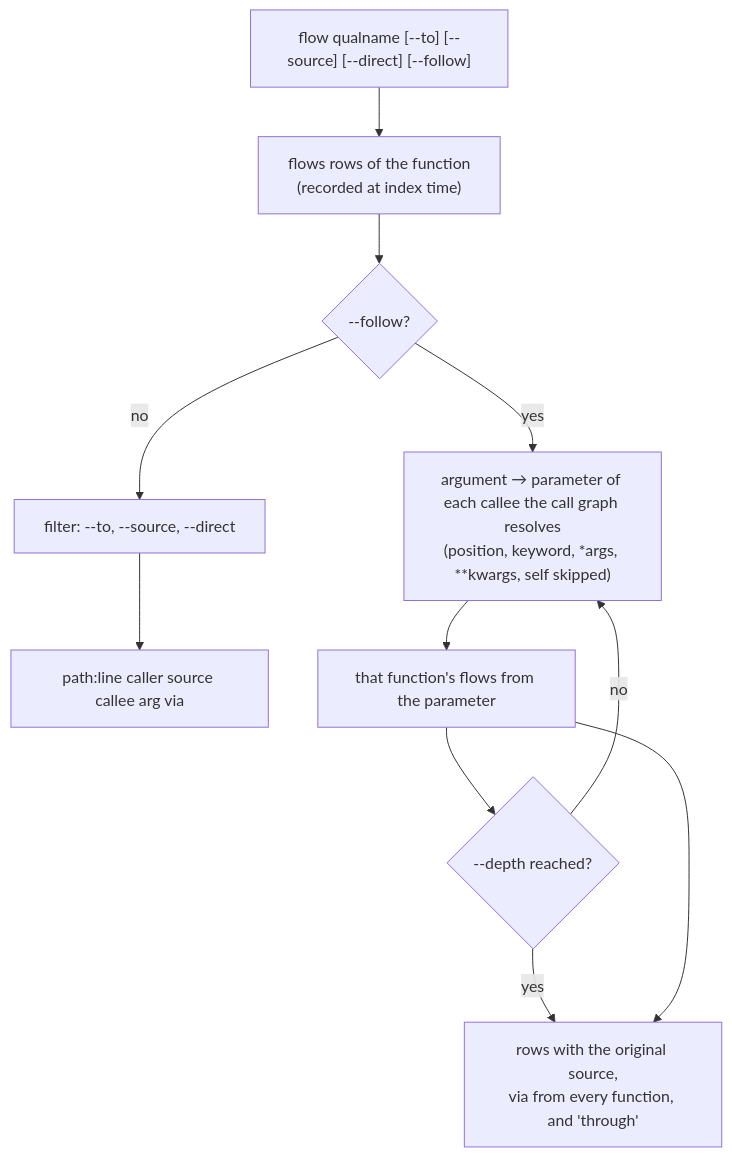
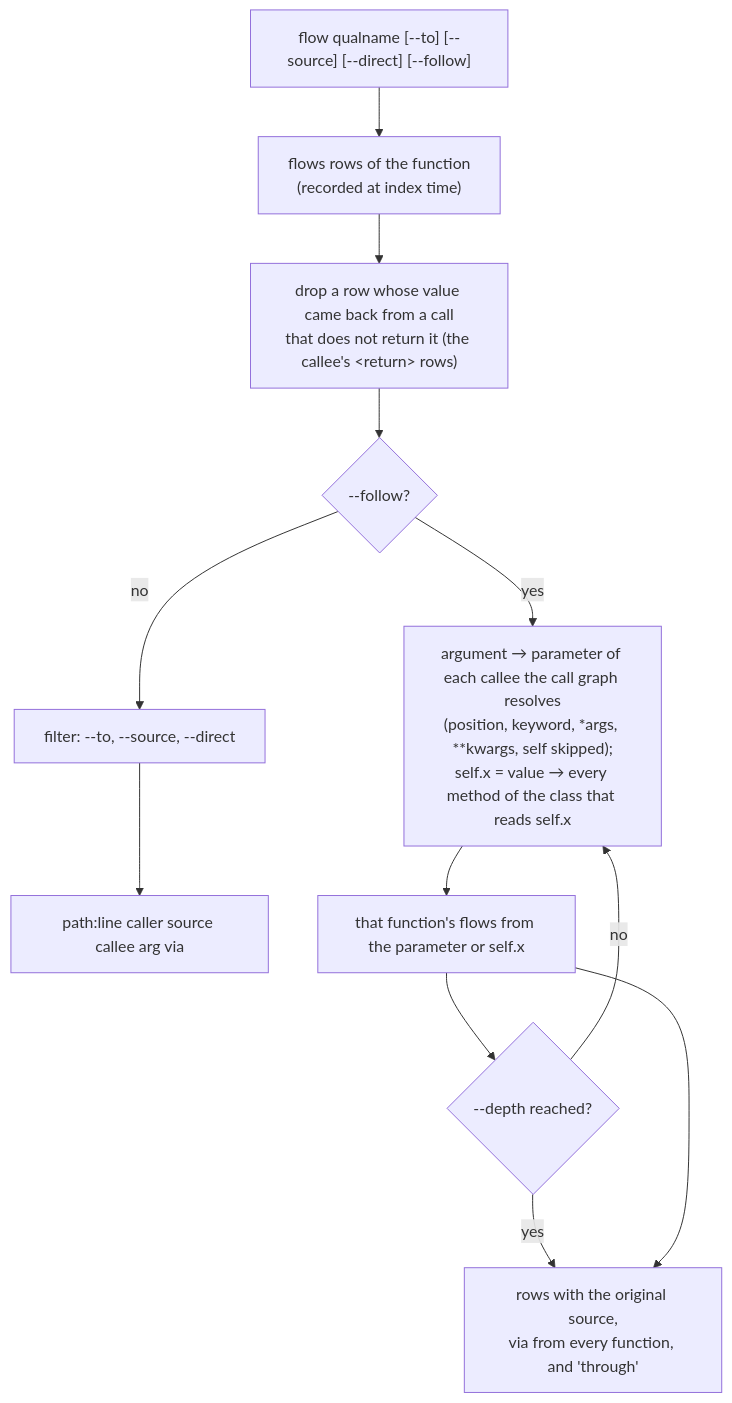
Diagram 23 of 26 in docs/how-it-works.md (diptanilsaha/frappe-ast), drawn with Mermaid before and after one commit. The commit also changed other lines of this file and 32 other files, not shown here.

Commit message:
fix: all shortest paths, field write refs, and flows through self and call returns (#11, #12, #13, #14)

````diff
--- a/docs/how-it-works.md
+++ b/docs/how-it-works.md
@@ -367,12 +371,13 @@
 ```mermaid
 flowchart TD
   a["flow qualname [--to] [--source] [--direct] [--follow]"] --> rows["flows rows of the function<br/>(recorded at index time)"]
-  rows --> f{"--follow?"}
+  rows --> ret["drop a row whose value came back from a call<br/>that does not return it (the callee's &lt;return&gt; rows)"]
+  ret --> f{"--follow?"}
   f -->|no| filt["filter: --to, --source, --direct"] --> out["path:line caller source callee arg via"]
-  f -->|yes| bind["argument → parameter of each callee the call graph resolves<br/>(position, keyword, *args, **kwargs, self skipped)"]
-  bind --> inner["that function's flows from the parameter"]
+  f -->|yes| bind["argument → parameter of each callee the call graph resolves<br/>(position, keyword, *args, **kwargs, self skipped);<br/>self.x = value → every method of the class that reads self.x"]
+  bind --> inner["that function's flows from the parameter or self.x"]
   inner --> depth{"--depth reached?"}
   depth -->|no| bind
   depth -->|yes| out2["rows with the original source,<br/>via from every function, and 'through'"]
   inner --> out2
 ```
````
